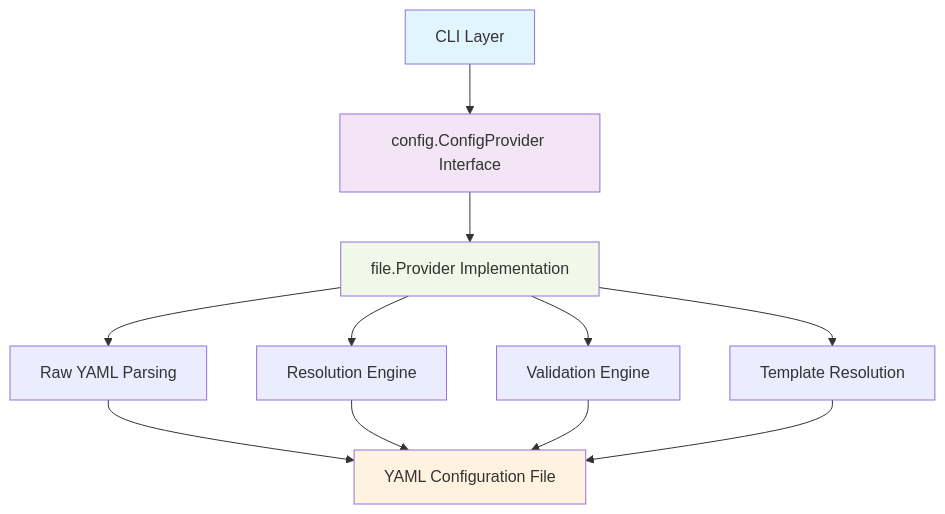
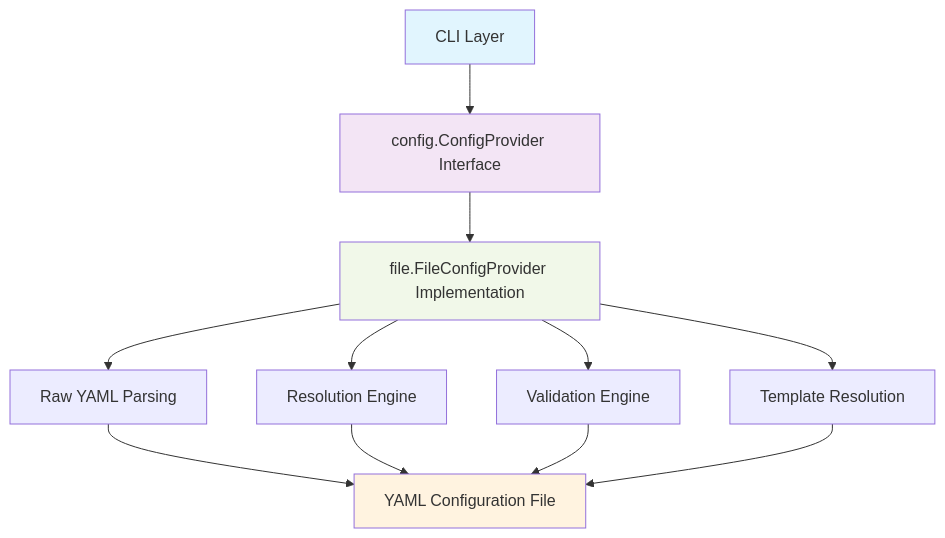
Before and after one commit to orien/stackaroo: the first of 5 diagrams in docs/architecture/configuration.md, drawn with Mermaid. The commit also changed other lines of this file and 4 other files, not shown here.

First line of the commit message:
refactor: rename Provider to FileConfigProvider in config/file package

````diff
--- a/docs/architecture/configuration.md
+++ b/docs/architecture/configuration.md
@@ -28,20 +28,20 @@
 ```mermaid
 graph TD
     A[CLI Layer] --> B[config.ConfigProvider Interface]
-    B --> C[file.Provider Implementation]
+    B --> C[file.FileConfigProvider Implementation]
     
     C --> D[Raw YAML Parsing]
     C --> E[Resolution Engine]
     C --> F[Validation Engine]
     C --> G[Template Resolution]
     
     D --> H[YAML Configuration File]
     E --> H
     F --> H
     G --> H
     
     style A fill:#e1f5fe
     style B fill:#f3e5f5
     style C fill:#f1f8e9
     style H fill:#fff3e0
 ```
````
